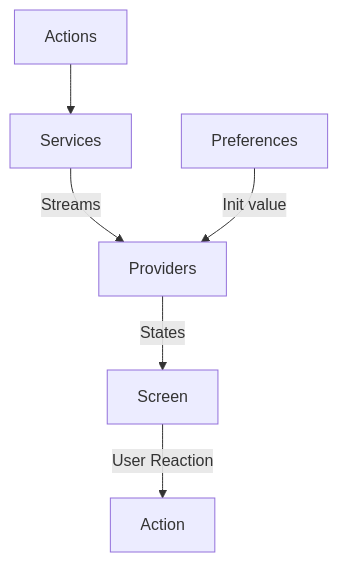
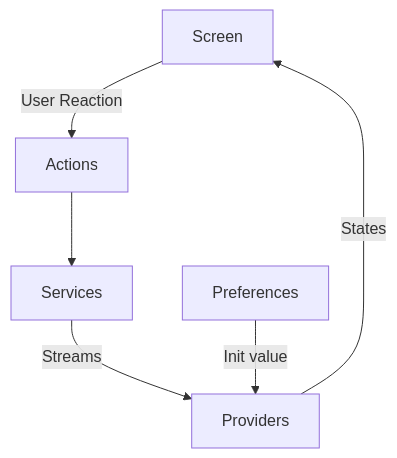
The diagram in README.md (joodo/bunga_player), drawn with Mermaid before and after one commit.

````diff
--- a/README.md
+++ b/README.md
@@ -55,8 +55,8 @@
 ```mermaid
 flowchart TD
-    Screen -->|User Reaction| Action
+    Screen -->|User Reaction| Actions
     Actions --> Services
     Services -->|Streams| Providers
     Providers-->|States| Screen
     Preferences -->|Init value| Providers
 ```
````
